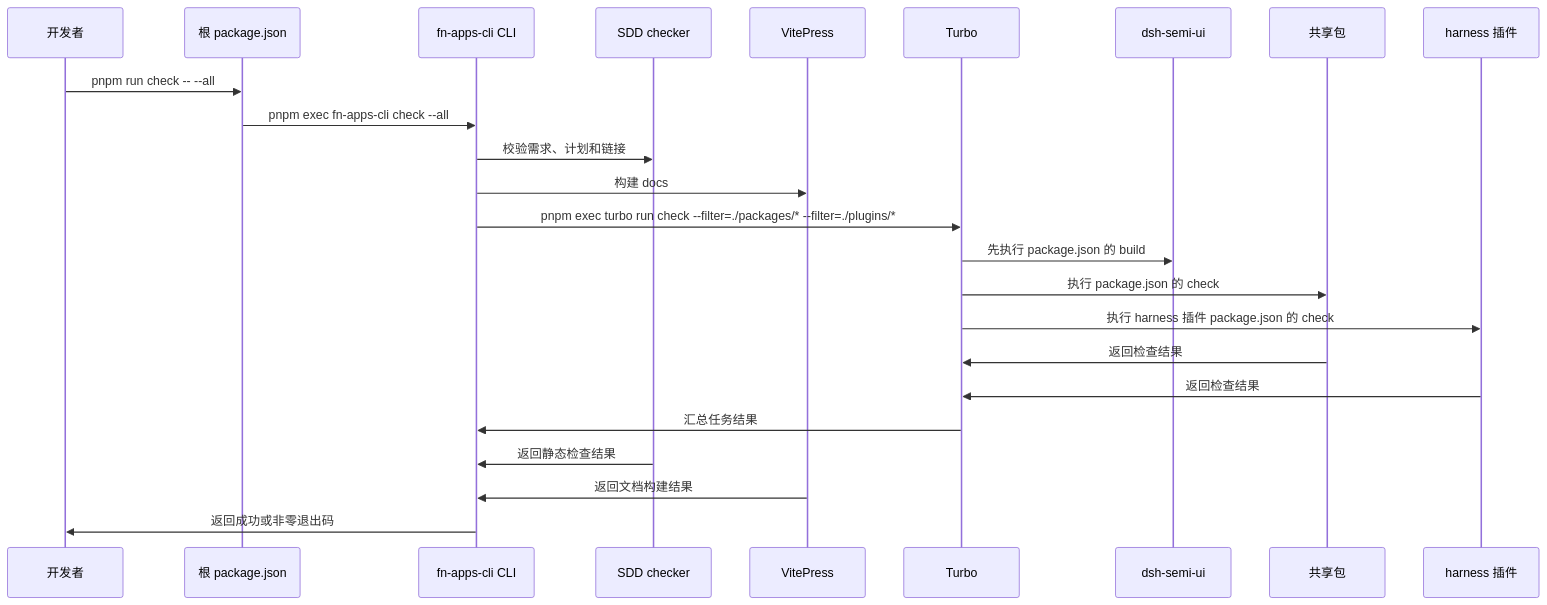
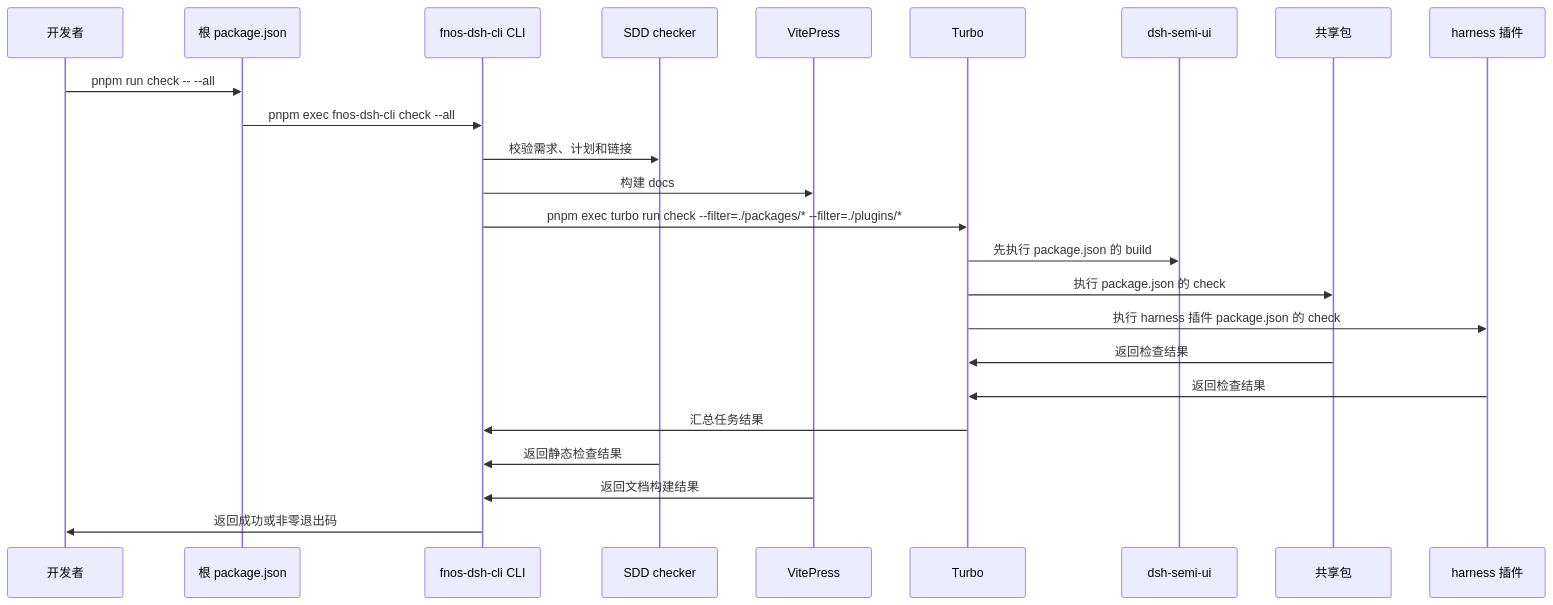
One commit to FNOSP/fnos-dsh changed the seventh of 9 diagrams in docs/development/turbo-tasks.md. Above: the diagram before and after it, drawn with Mermaid. The commit also changed other lines of this file and 50 other files, not shown here.

````diff
--- a/docs/development/turbo-tasks.md
+++ b/docs/development/turbo-tasks.md
@@ -263,27 +263,27 @@
 ```mermaid
 sequenceDiagram
   participant developer as 开发者
   participant root as 根 package.json
-  participant cli as fn-apps-cli CLI
+  participant cli as fnos-dsh-cli CLI
   participant checker as SDD checker
   participant vitepress as VitePress
   participant turbo as Turbo
   participant semi as dsh-semi-ui
   participant packages as 共享包
   participant plugins as harness 插件
 
   developer->>root: pnpm run check -- --all
-  root->>cli: pnpm exec fn-apps-cli check --all
+  root->>cli: pnpm exec fnos-dsh-cli check --all
   cli->>checker: 校验需求、计划和链接
   cli->>vitepress: 构建 docs
   cli->>turbo: pnpm exec turbo run check --filter=./packages/* --filter=./plugins/*
   turbo->>semi: 先执行 package.json 的 build
   turbo->>packages: 执行 package.json 的 check
   turbo->>plugins: 执行 harness 插件 package.json 的 check
   packages->>turbo: 返回检查结果
   plugins->>turbo: 返回检查结果
   turbo->>cli: 汇总任务结果
   checker->>cli: 返回静态检查结果
   vitepress->>cli: 返回文档构建结果
   cli->>developer: 返回成功或非零退出码
 ```
````
